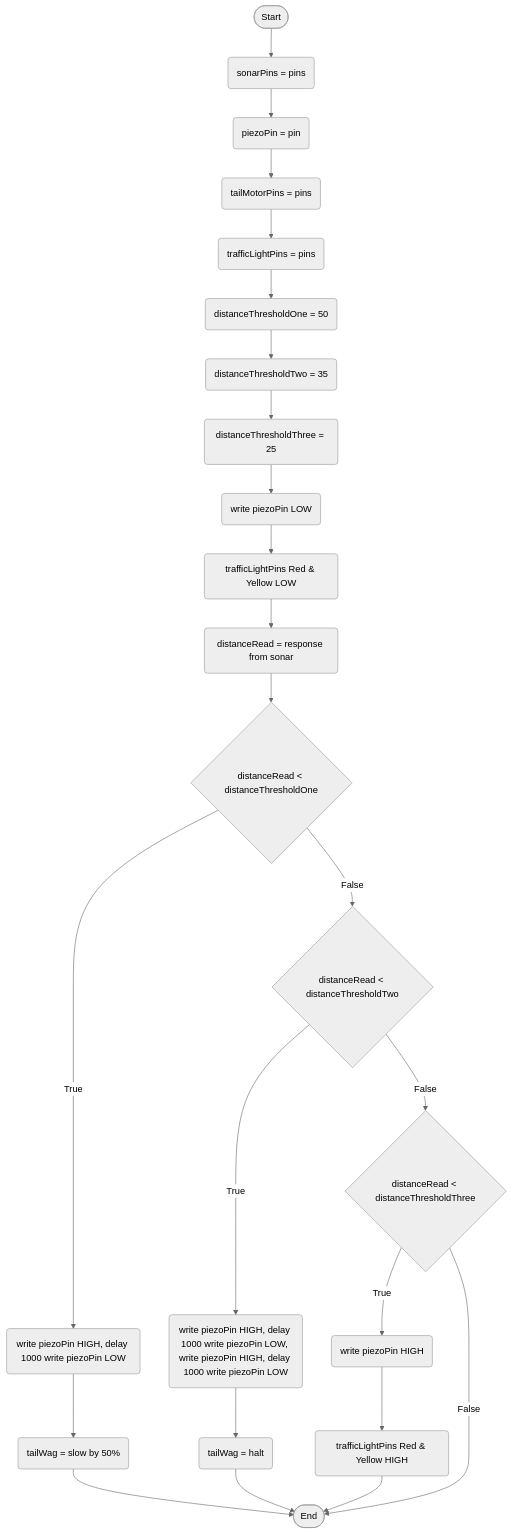
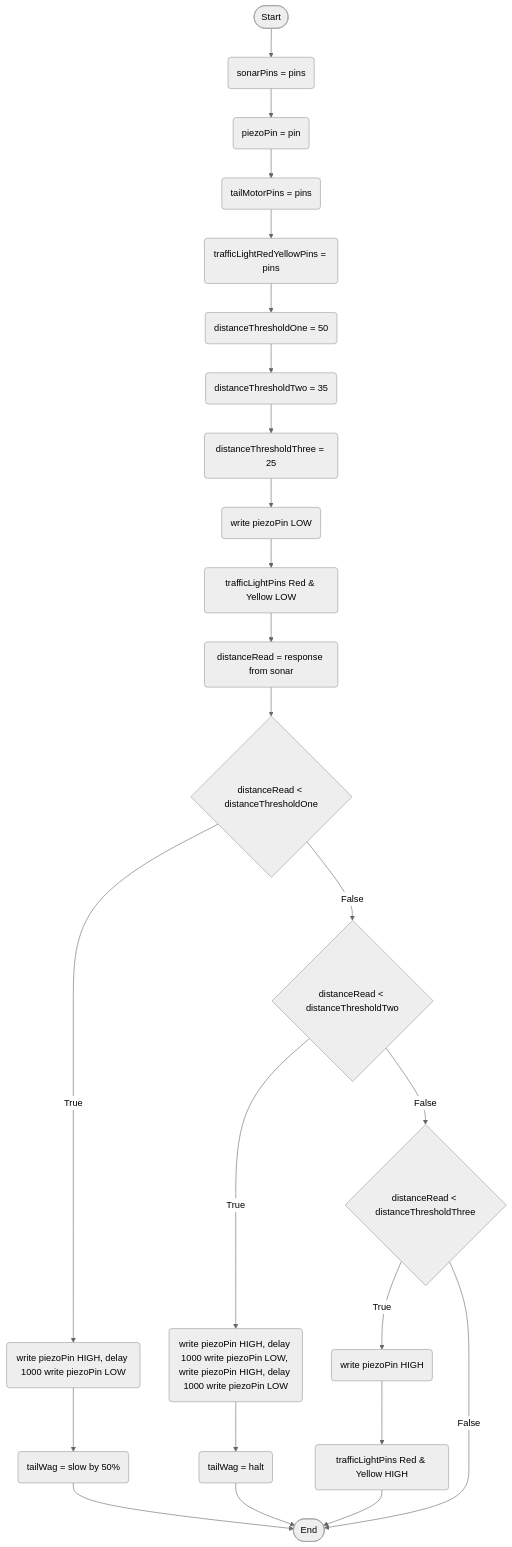
Before and after one commit to Deltace05/SmartDog: the first of 2 diagrams in logic.md, drawn with Mermaid (neutral theme). The commit also changed other lines of this file, not shown here.

````diff
--- a/logic.md
+++ b/logic.md
@@ -1,49 +1,49 @@
 ```mermaid
 flowchart TD
 terminalStart([Start])
 terminalEnd([End])
 setSonarRead(sonarPins = pins)
 setPiezoPin(piezoPin = pin)
 setTail(tailMotorPins = pins)
-setLight(trafficLightPins = pins)
+setRedYellowLight(trafficLightRedYellowPins = pins)
 thresholdSetOne(distanceThresholdOne = 50)
 thresholdSetTwo(distanceThresholdTwo = 35)
 thresholdSetThree(distanceThresholdThree = 25)
 currentDistanceReading(distanceRead = response from sonar)
 ifDistanceLessThanThresholdOne{distanceRead < distanceThresholdOne}
 ifDistanceLessThanThresholdTwo{distanceRead < distanceThresholdTwo}
 ifDistanceLessThanThresholdThree{distanceRead < distanceThresholdThree}
 piezoOneBuzz(write piezoPin HIGH, delay 1000 write piezoPin LOW)
 piezoTwoBuzz(write piezoPin HIGH, delay 1000 write piezoPin LOW, write piezoPin HIGH, delay 1000 write piezoPin LOW)
 piezoConstant(write piezoPin HIGH)
 sonarLightAlarm(trafficLightPins Red & Yellow HIGH)
 sonarLightAlarmReset(trafficLightPins Red & Yellow LOW)
 piezoReset(write piezoPin LOW)
 tailSlow(tailWag = slow by 50%)
 tailStop(tailWag = halt)
 
 
 terminalStart --> setSonarRead
 setSonarRead --> setPiezoPin
 setPiezoPin --> setTail
-setTail --> setLight
-setLight --> thresholdSetOne
+setTail --> setRedYellowLight
+setRedYellowLight --> thresholdSetOne
 thresholdSetOne --> thresholdSetTwo
 thresholdSetTwo --> thresholdSetThree
 thresholdSetThree --> piezoReset
 piezoReset --> sonarLightAlarmReset
 sonarLightAlarmReset --> currentDistanceReading
 currentDistanceReading --> ifDistanceLessThanThresholdOne
 ifDistanceLessThanThresholdOne --> |True| piezoOneBuzz
 piezoOneBuzz --> tailSlow
 tailSlow --> terminalEnd
 ifDistanceLessThanThresholdOne --> |False| ifDistanceLessThanThresholdTwo
 ifDistanceLessThanThresholdTwo --> |True| piezoTwoBuzz
 piezoTwoBuzz --> tailStop
 tailStop --> terminalEnd
 ifDistanceLessThanThresholdTwo --> |False| ifDistanceLessThanThresholdThree
 ifDistanceLessThanThresholdThree --> |True| piezoConstant
 piezoConstant --> sonarLightAlarm
 sonarLightAlarm --> terminalEnd
 ifDistanceLessThanThresholdThree --> |False| terminalEnd
 ```
````
